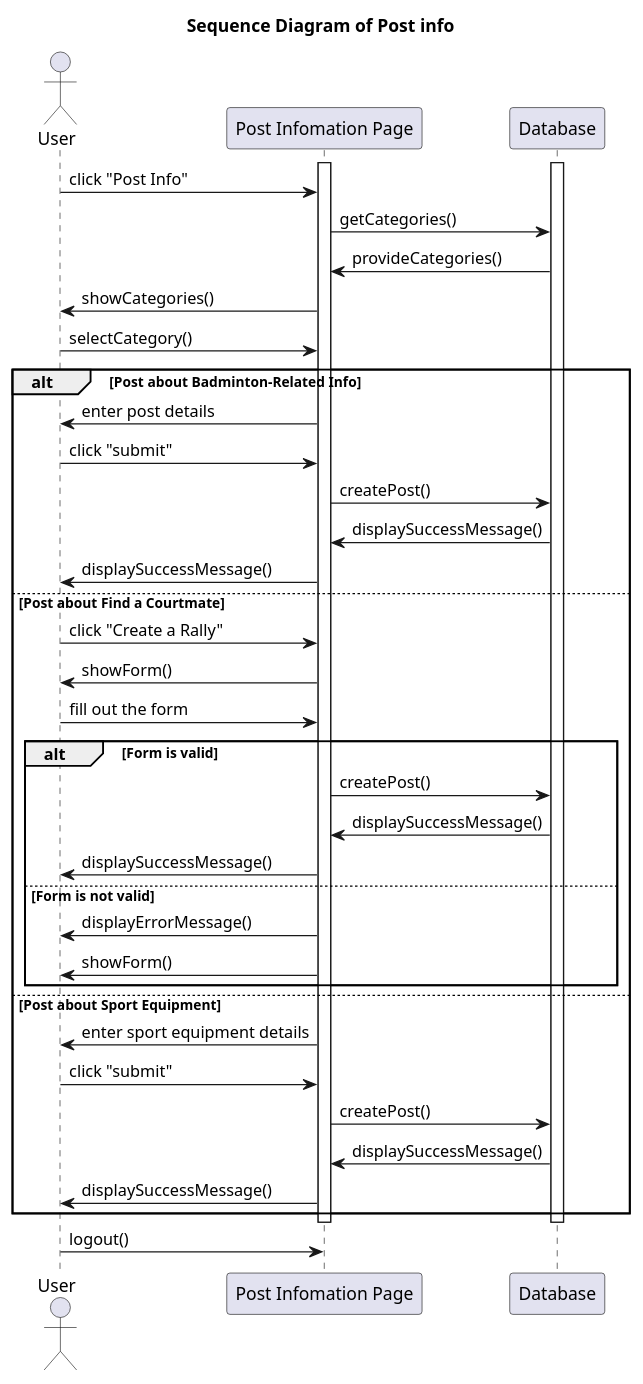
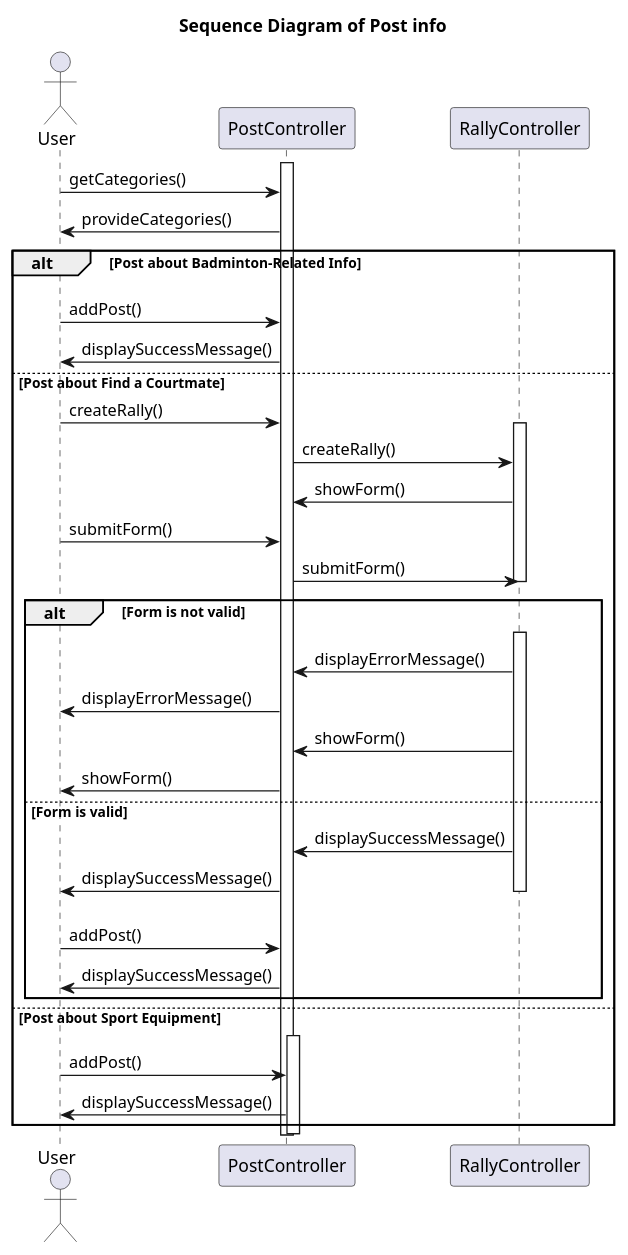
One commit to Vizards8/Hey_Badminton changed the diagram in Sequence Diagram/post info.puml. Above: the diagram before and after it, drawn with PlantUML. The commit also changed 5 other files, not shown here.

```diff
--- a/Sequence Diagram/post info.puml
+++ b/Sequence Diagram/post info.puml
@@ -1,67 +1,59 @@
 @startuml
 title Sequence Diagram of Post info
 
 actor User
 
-participant "Post Infomation Page" as System
-
-activate System
-activate Database
-
-User -> System : click "Post Info"
-
-System -> Database : getCategories()
-Database -> System : provideCategories()
-
-System -> User : showCategories()
-
-User -> System : selectCategory()
+activate PostController
+User -> PostController : getCategories()
+PostController -> User : provideCategories()
 
 alt Post about Badminton-Related Info
 
-  System -> User : enter post details
-  User -> System : click "submit"
-
-  System -> Database : createPost()
-  Database -> System : displaySuccessMessage()
-
-  System -> User : displaySuccessMessage()
+    User -[hidden]>
+    User -> PostController : addPost()
+    PostController -> User : displaySuccessMessage()
 
 else Post about Find a Courtmate
 
-  User -> System : click "Create a Rally"
-  System -> User : showForm()
-  User -> System : fill out the form
+    User -> PostController : createRally()
 
-  alt Form is valid
+    activate RallyController
+    PostController -> RallyController : createRally()
+    RallyController -> PostController : showForm()
+    User -> PostController : submitForm()
+    PostController -> RallyController : submitForm()
+    deactivate RallyController
 
-      System -> Database : createPost()
-      Database -> System : displaySuccessMessage()
+    alt Form is not valid
 
-      System -> User : displaySuccessMessage()
+        User -[hidden]>
+        activate RallyController
+        RallyController -> PostController : displayErrorMessage()
+        PostController -> User : displayErrorMessage()
+        RallyController -> PostController : showForm()
+        PostController -> User : showForm()
 
-  else Form is not valid
+    else Form is valid
 
-    System -> User : displayErrorMessage()
-    System -> User : showForm()
+        RallyController -> PostController : displaySuccessMessage()
+        PostController -> User : displaySuccessMessage()
+        deactivate RallyController
 
-  end
+        User -[hidden]> PostController
+        User -> PostController : addPost()
+        PostController -> User : displaySuccessMessage()
+
+    end
 
 else Post about Sport Equipment
 
-  System -> User : enter sport equipment details
-  User -> System : click "submit"
-
-  System -> Database : createPost()
-  Database -> System : displaySuccessMessage()
-
-  System -> User : displaySuccessMessage()
+    User -[hidden]>
+    activate PostController
+    User -> PostController : addPost()
+    PostController -> User : displaySuccessMessage()
 
 end
 
-deactivate Database
-deactivate System
-
-User -> System : logout()
+deactivate PostController
 
 @enduml
```
